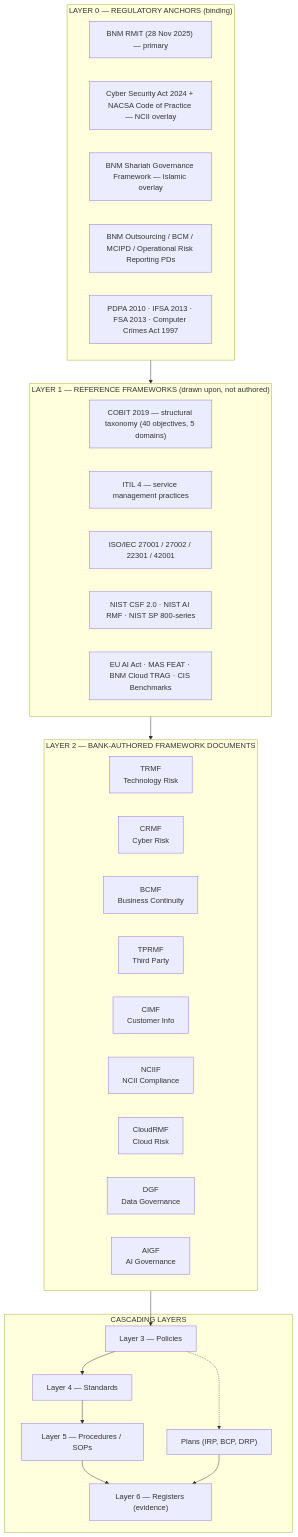
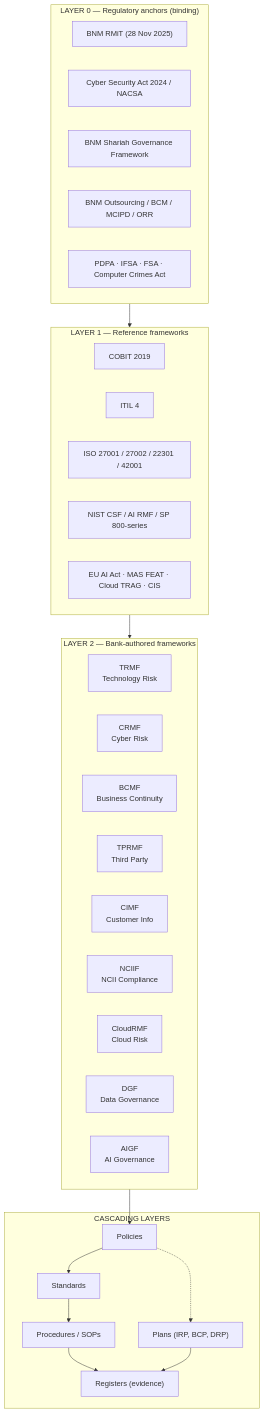
The first of 2 diagrams in 00-architecture/architecture.md (dawuds/documentation), drawn with Mermaid before and after one commit. The commit also changed other lines of this file and 2 other files, not shown here.

Commit message:
Fix mermaid font cutoff; trim README
Font cutoff in the mermaid diagrams was caused by (1) <b> bold tags
(GitHub under-measures their width and clips) and (2) over-long single
lines inside nodes and edge labels. Fix applied:

- README architecture diagram: removed <b> tags; split long lines so
  each is short
- 00-architecture/architecture.md layer-stack diagram: shortened
  Layer 0 / Layer 1 node labels (were 60-70 char single lines)
- 00-architecture/architecture.md relationships diagram: shortened
  node labels and edge labels; removed self-referential CRMF edge;
  moved the InfoSec sub-framework note to prose beneath
- TRMF structure diagram: split the long component descriptor lines
  across multiple <br/> breaks

README trims per request:
- removed "Where to start" section
- (versions/build status already moved to the bottom in prior commit)

````diff
--- a/00-architecture/architecture.md
+++ b/00-architecture/architecture.md
@@ -19,47 +19,47 @@
 ```mermaid
 flowchart TB
-    subgraph L0["LAYER 0 — REGULATORY ANCHORS (binding)"]
-        L0A["BNM RMiT (28 Nov 2025) — primary"]
-        L0B["Cyber Security Act 2024 + NACSA Code of Practice — NCII overlay"]
-        L0C["BNM Shariah Governance Framework — Islamic overlay"]
-        L0D["BNM Outsourcing / BCM / MCIPD / Operational Risk Reporting PDs"]
-        L0E["PDPA 2010 · IFSA 2013 · FSA 2013 · Computer Crimes Act 1997"]
+    subgraph L0["LAYER 0 — Regulatory anchors (binding)"]
+        L0A["BNM RMiT (28 Nov 2025)"]
+        L0B["Cyber Security Act 2024 / NACSA"]
+        L0C["BNM Shariah Governance Framework"]
+        L0D["BNM Outsourcing / BCM / MCIPD / ORR"]
+        L0E["PDPA · IFSA · FSA · Computer Crimes Act"]
     end
 
-    subgraph L1["LAYER 1 — REFERENCE FRAMEWORKS (drawn upon, not authored)"]
-        L1A["COBIT 2019 — structural taxonomy (40 objectives, 5 domains)"]
-        L1B["ITIL 4 — service management practices"]
-        L1C["ISO/IEC 27001 / 27002 / 22301 / 42001"]
-        L1D["NIST CSF 2.0 · NIST AI RMF · NIST SP 800-series"]
-        L1E["EU AI Act · MAS FEAT · BNM Cloud TRAG · CIS Benchmarks"]
+    subgraph L1["LAYER 1 — Reference frameworks"]
+        L1A["COBIT 2019"]
+        L1B["ITIL 4"]
+        L1C["ISO 27001 / 27002 / 22301 / 42001"]
+        L1D["NIST CSF / AI RMF / SP 800-series"]
+        L1E["EU AI Act · MAS FEAT · Cloud TRAG · CIS"]
     end
 
-    subgraph L2["LAYER 2 — BANK-AUTHORED FRAMEWORK DOCUMENTS"]
+    subgraph L2["LAYER 2 — Bank-authored frameworks"]
         TRMF["TRMF<br/>Technology Risk"]
         CRMF["CRMF<br/>Cyber Risk"]
         BCMF["BCMF<br/>Business Continuity"]
         TPRMF["TPRMF<br/>Third Party"]
         CIMF["CIMF<br/>Customer Info"]
         NCIIF["NCIIF<br/>NCII Compliance"]
         CloudRMF["CloudRMF<br/>Cloud Risk"]
         DGF["DGF<br/>Data Governance"]
         AIGF["AIGF<br/>AI Governance"]
     end
 
     subgraph Cascade["CASCADING LAYERS"]
-        L3["Layer 3 — Policies"]
-        L4["Layer 4 — Standards"]
-        L5["Layer 5 — Procedures / SOPs"]
+        L3["Policies"]
+        L4["Standards"]
+        L5["Procedures / SOPs"]
         Plans["Plans (IRP, BCP, DRP)"]
-        L6["Layer 6 — Registers (evidence)"]
+        L6["Registers (evidence)"]
     end
 
     L0 --> L1
     L1 --> L2
     L2 --> L3
     L3 --> L4
     L4 --> L5
     L3 -.-> Plans
     L5 --> L6
     Plans --> L6
 ```
````
